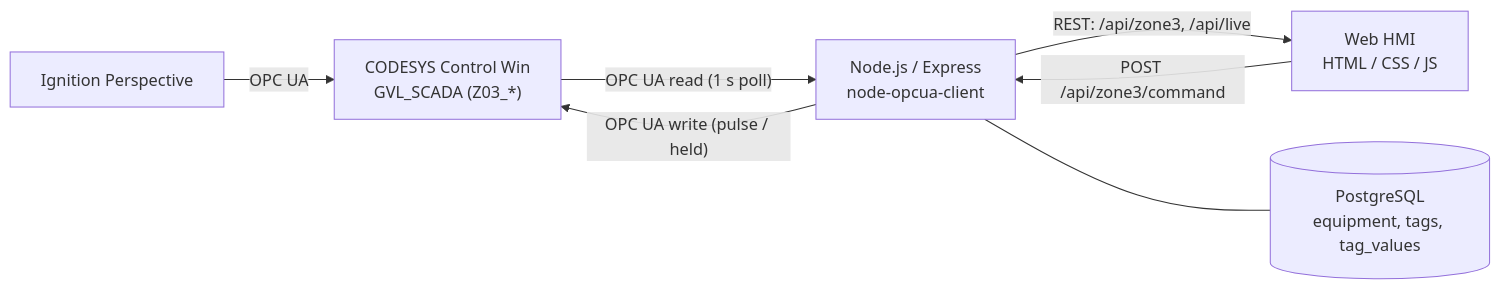
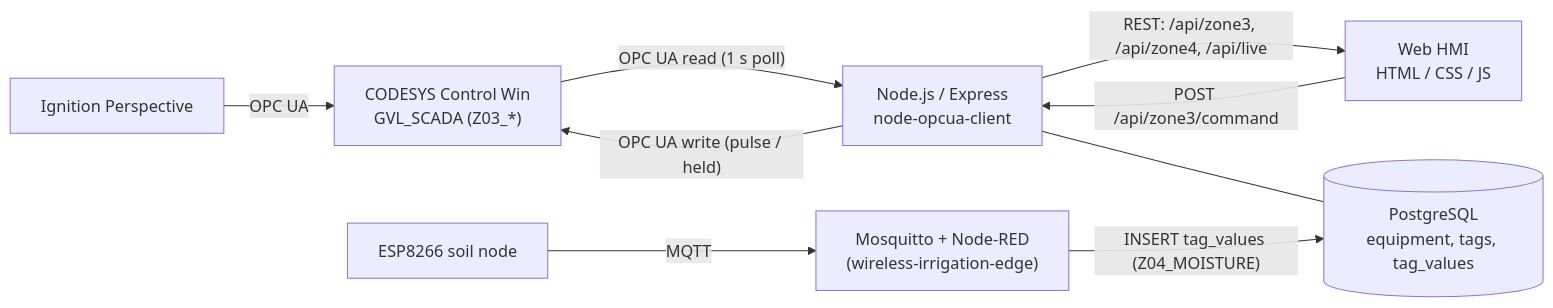
One commit to Radfar/building-irrigation-scada changed the diagram in README.md. Above: the diagram before and after it, drawn with Mermaid.

````diff
--- a/README.md
+++ b/README.md
@@ -17,15 +17,19 @@
 ```mermaid
 flowchart LR
   PLC["CODESYS Control Win<br/>GVL_SCADA (Z03_*)"]
   N["Node.js / Express<br/>node-opcua-client"]
   H["Web HMI<br/>HTML / CSS / JS"]
   DB[("PostgreSQL<br/>equipment, tags, tag_values")]
   I["Ignition Perspective"]
+  S["ESP8266 soil node"]
+  E["Mosquitto + Node-RED<br/>(wireless-irrigation-edge)"]
 
   PLC -- "OPC UA read (1 s poll)" --> N
   N -- "OPC UA write (pulse / held)" --> PLC
-  N -- "REST: /api/zone3, /api/live" --> H
+  N -- "REST: /api/zone3, /api/zone4, /api/live" --> H
   H -- "POST /api/zone3/command" --> N
   N --- DB
   I -- "OPC UA" --> PLC
+  S -- "MQTT" --> E
+  E -- "INSERT tag_values (Z04_MOISTURE)" --> DB
 ```
````
